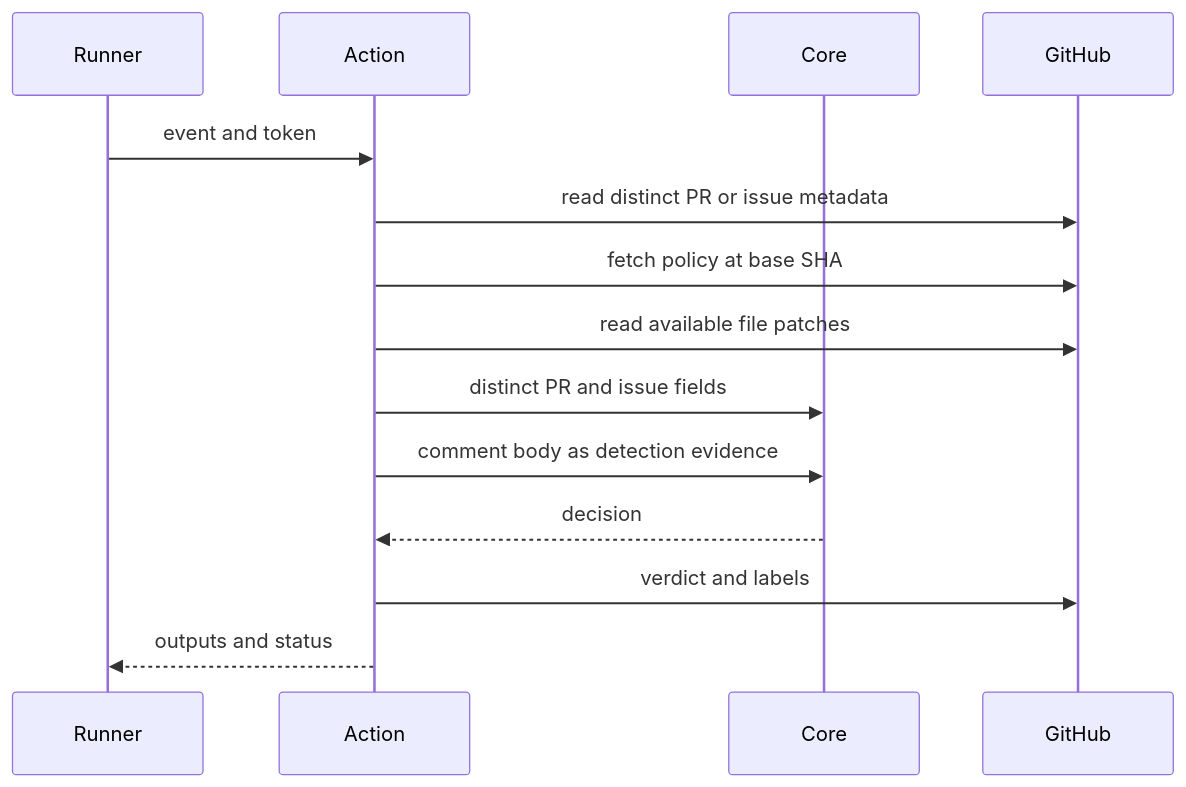
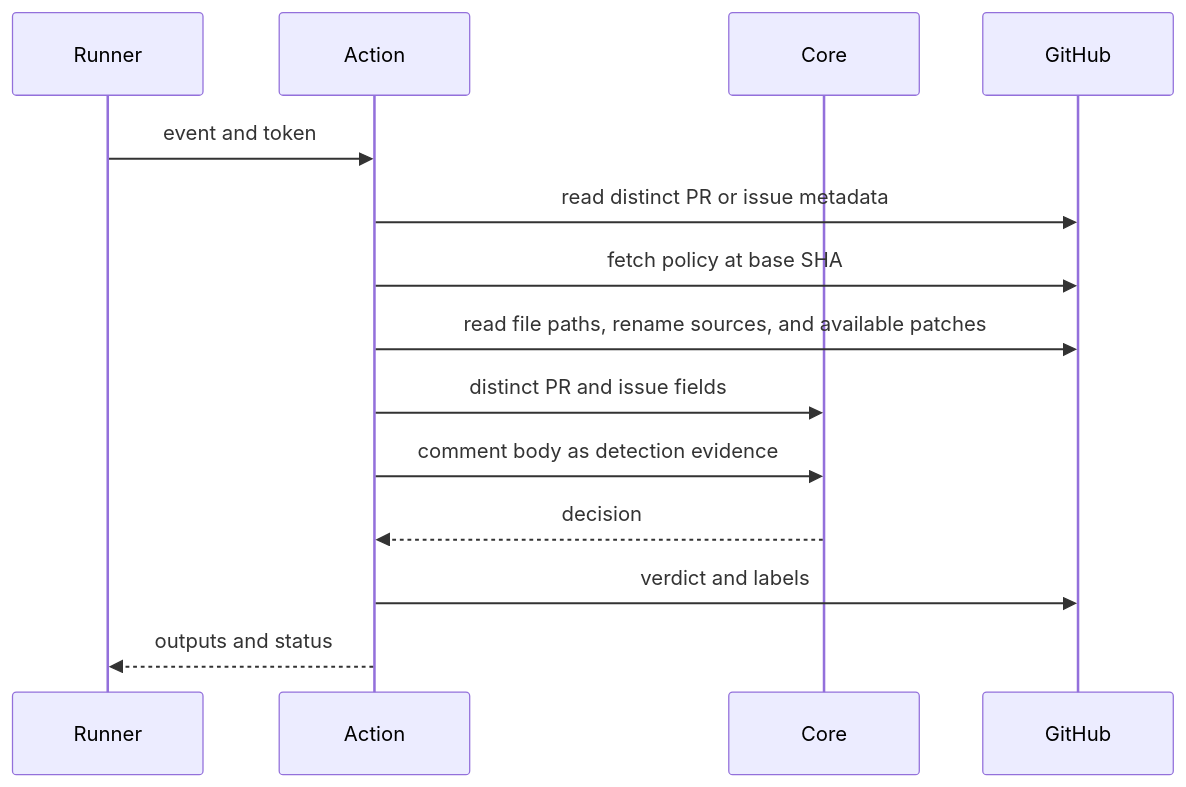
One commit to streamentry/AGENTOWNERS changed the second of 2 diagrams in packages/github-action/AGENTS.md. Above: the diagram before and after it, drawn with Mermaid. The commit also changed other lines of this file and 8 other files, not shown here.

Commit message:
fix(action): preserve renamed source paths

````diff
--- a/packages/github-action/AGENTS.md
+++ b/packages/github-action/AGENTS.md
@@ -37,16 +37,16 @@
 ```mermaid
 sequenceDiagram
   participant Runner
   participant Action
   participant Core
   participant GitHub
   Runner->>Action: event and token
   Action->>GitHub: read distinct PR or issue metadata
   Action->>GitHub: fetch policy at base SHA
-  Action->>GitHub: read available file patches
+  Action->>GitHub: read file paths, rename sources, and available patches
   Action->>Core: distinct PR and issue fields
   Action->>Core: comment body as detection evidence
   Core-->>Action: decision
   Action->>GitHub: verdict and labels
   Action-->>Runner: outputs and status
 ```
````
